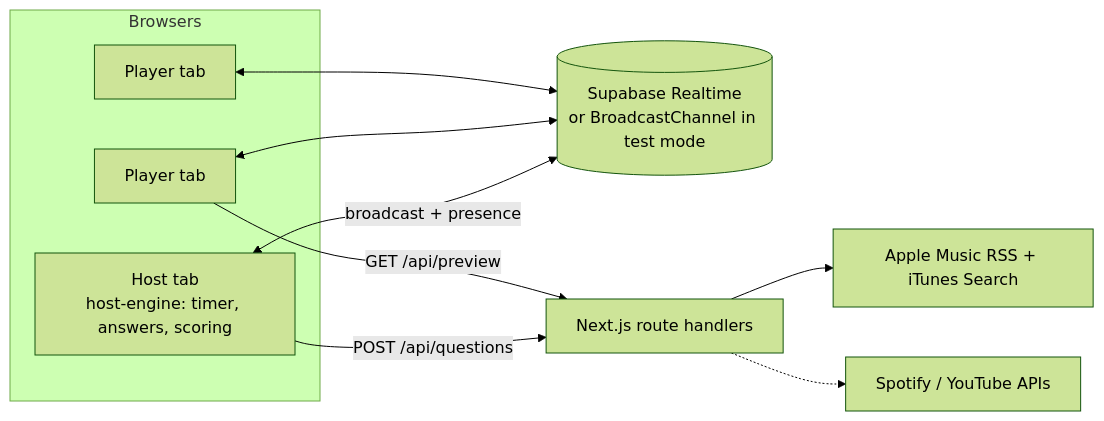
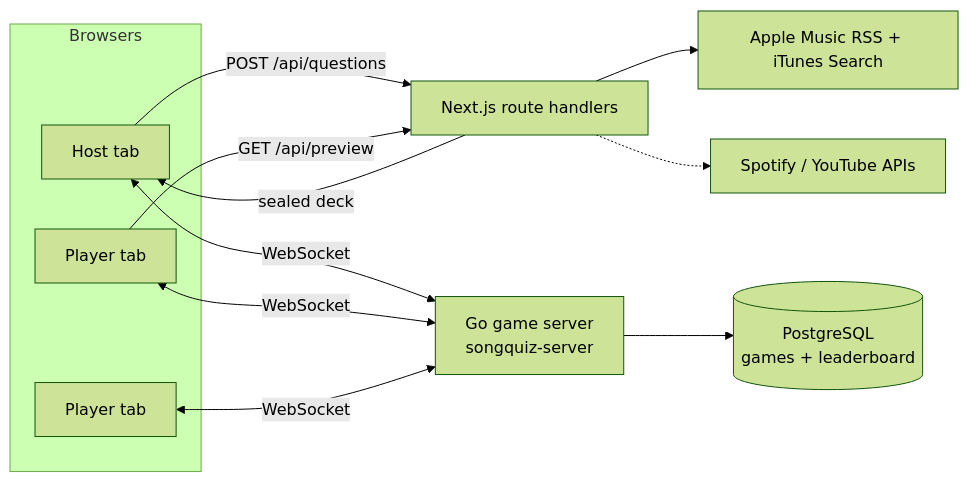
One commit to bunjonglak123/thai-song-quiz changed the diagram in README.md. Above: the diagram before and after it, drawn with Mermaid (forest theme). The commit also changed other lines of this file and 11 other files, not shown here.

First line of the commit message:
test(e2e): run against go server

````diff
--- a/README.md
+++ b/README.md
@@ -41,15 +42,17 @@
 ```mermaid
 flowchart LR
   subgraph Browsers
-    H[Host tab<br/>host-engine: timer, answers, scoring]
+    H[Host tab]
     P1[Player tab]
     P2[Player tab]
   end
-  H <-->|broadcast + presence| RT[(Supabase Realtime<br/>or BroadcastChannel in test mode)]
-  P1 <--> RT
-  P2 <--> RT
   H -->|POST /api/questions| API[Next.js route handlers]
   API --> AM[Apple Music RSS + iTunes Search]
   API -.-> SP[Spotify / YouTube APIs]
+  API -->|sealed deck| H
+  H <-->|WebSocket| GS[Go game server<br/>songquiz-server]
+  P1 <-->|WebSocket| GS
+  P2 <-->|WebSocket| GS
+  GS --> DB[(PostgreSQL<br/>games + leaderboard)]
   P1 -->|GET /api/preview| API
 ```
````
